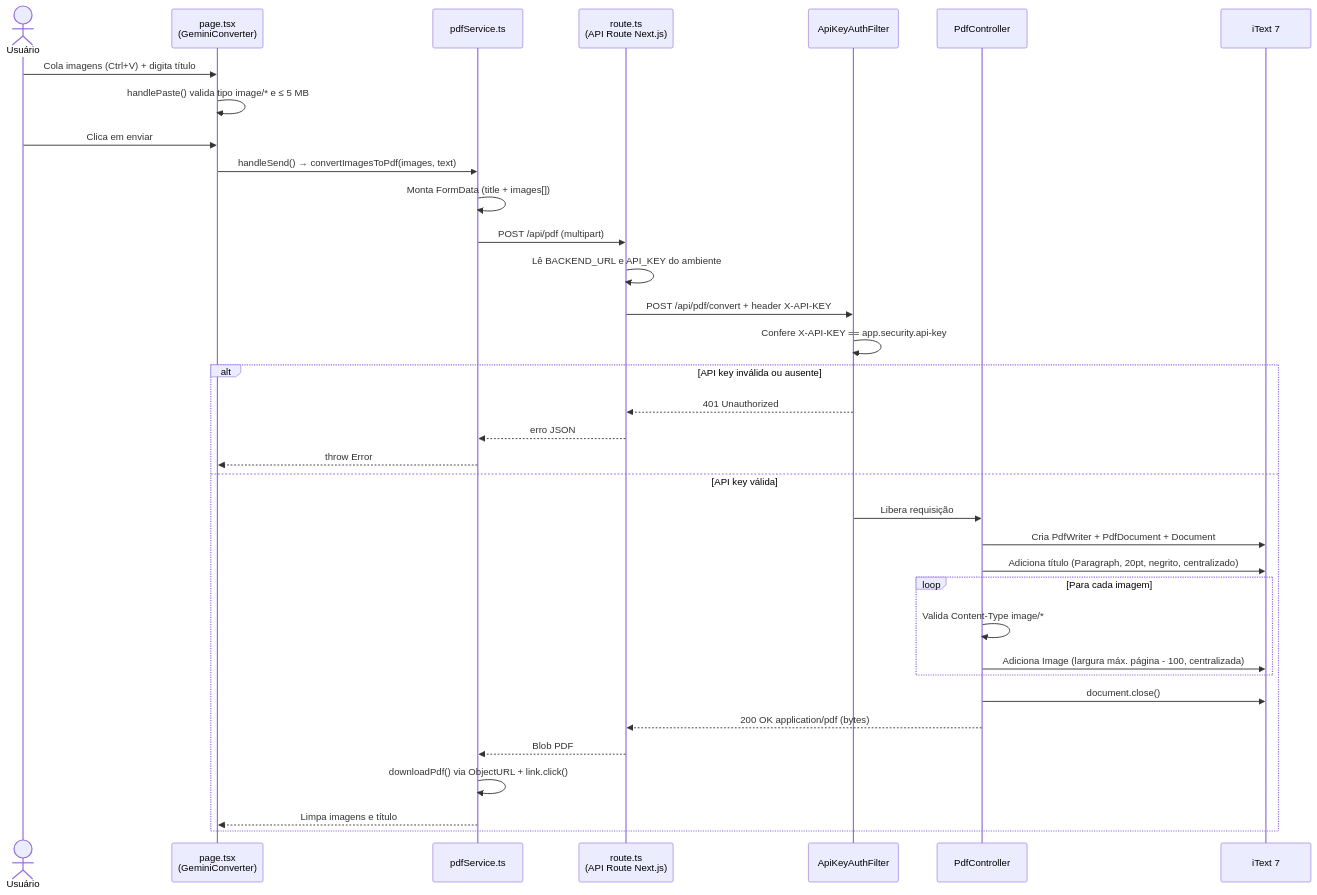
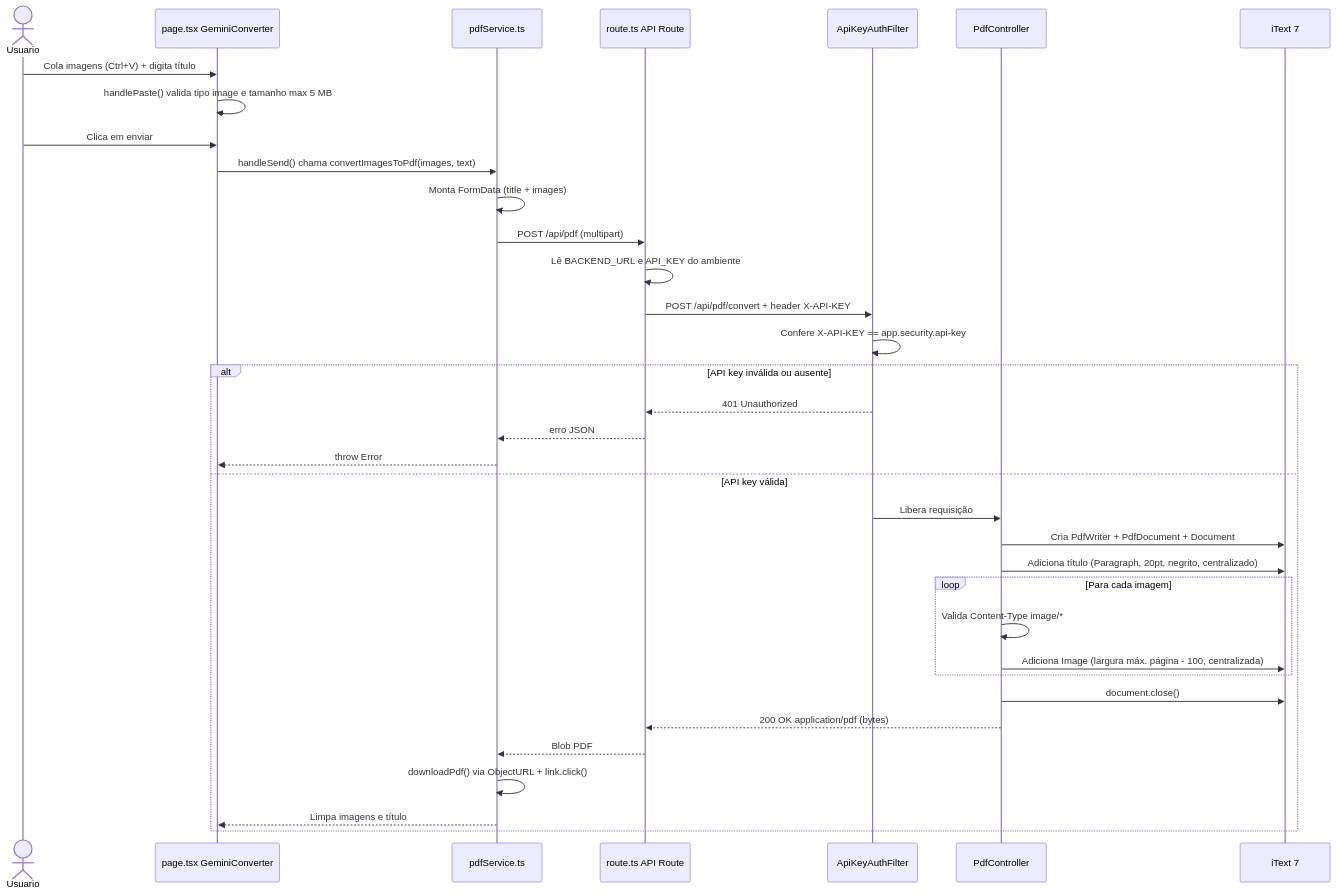
One commit to antoniobouneto/java-next changed the second of 2 diagrams in README.md. Above: the diagram before and after it, drawn with Mermaid. The commit also changed other lines of this file, not shown here.

Commit message:
docs: corrige diagramas Mermaid (remove [] dos rotulos)

````diff
--- a/README.md
+++ b/README.md
@@ -31,38 +30,38 @@
 ```mermaid
 sequenceDiagram
-    actor Usuário
-    participant Page as page.tsx<br/>(GeminiConverter)
+    actor Usuario
+    participant Page as page.tsx GeminiConverter
     participant Service as pdfService.ts
-    participant Route as route.ts<br/>(API Route Next.js)
+    participant Route as route.ts API Route
     participant Filter as ApiKeyAuthFilter
     participant Controller as PdfController
     participant iText as iText 7
 
-    Usuário->>Page: Cola imagens (Ctrl+V) + digita título
-    Page->>Page: handlePaste() valida tipo image/* e ≤ 5 MB
-    Usuário->>Page: Clica em enviar
-    Page->>Service: handleSend() → convertImagesToPdf(images, text)
-    Service->>Service: Monta FormData (title + images[])
+    Usuario->>Page: Cola imagens (Ctrl+V) + digita título
+    Page->>Page: handlePaste() valida tipo image e tamanho max 5 MB
+    Usuario->>Page: Clica em enviar
+    Page->>Service: handleSend() chama convertImagesToPdf(images, text)
+    Service->>Service: Monta FormData (title + images)
     Service->>Route: POST /api/pdf (multipart)
     Route->>Route: Lê BACKEND_URL e API_KEY do ambiente
     Route->>Filter: POST /api/pdf/convert + header X-API-KEY
     Filter->>Filter: Confere X-API-KEY == app.security.api-key
     alt API key inválida ou ausente
         Filter-->>Route: 401 Unauthorized
         Route-->>Service: erro JSON
         Service-->>Page: throw Error
     else API key válida
         Filter->>Controller: Libera requisição
         Controller->>iText: Cria PdfWriter + PdfDocument + Document
         Controller->>iText: Adiciona título (Paragraph, 20pt, negrito, centralizado)
         loop Para cada imagem
             Controller->>Controller: Valida Content-Type image/*
             Controller->>iText: Adiciona Image (largura máx. página - 100, centralizada)
         end
         Controller->>iText: document.close()
         Controller-->>Route: 200 OK application/pdf (bytes)
         Route-->>Service: Blob PDF
         Service->>Service: downloadPdf() via ObjectURL + link.click()
         Service-->>Page: Limpa imagens e título
     end
 ```
````
